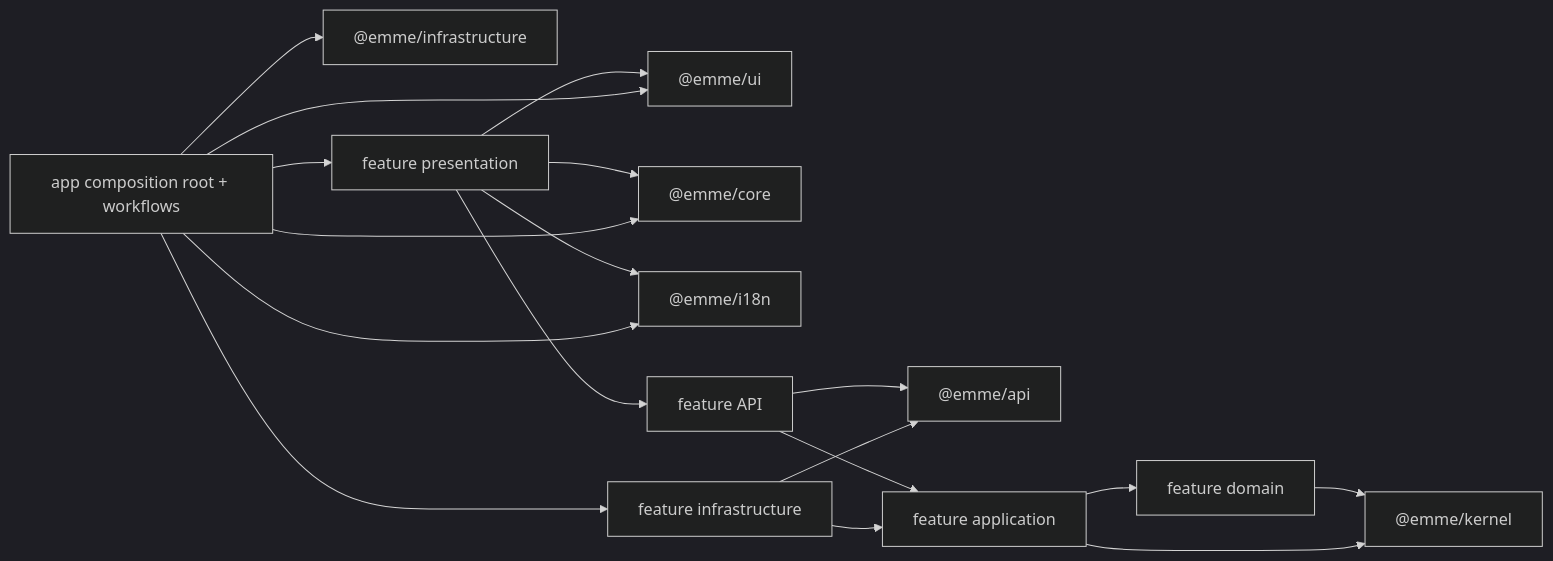
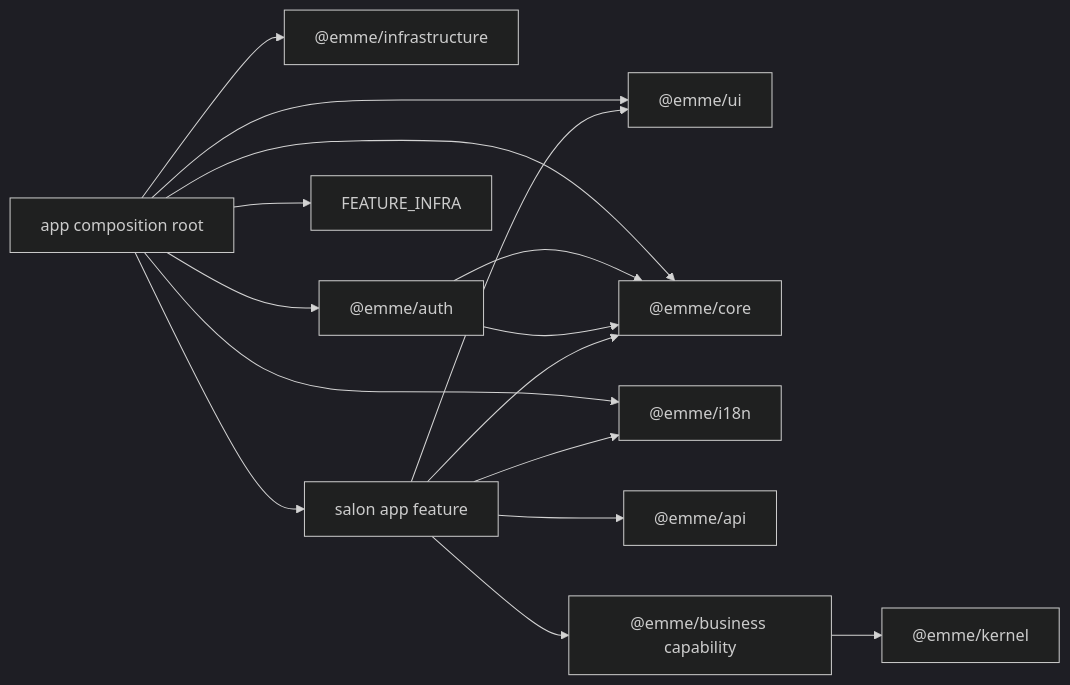
The diagram in docs/architecture/00-project/dependency-rules.md (migangdelzar/emme-web), drawn with Mermaid (dark theme) before and after one commit. The commit also changed other lines of this file and 266 other files, not shown here.

Commit message:
refactor(architecture): make salon the current product app

````diff
--- a/docs/architecture/00-project/dependency-rules.md
+++ b/docs/architecture/00-project/dependency-rules.md
@@ -6,33 +6,29 @@
 ```mermaid
 flowchart LR
     KERNEL["@emme/kernel"]
     UI["@emme/ui"]
     CORE["@emme/core"]
     I18N["@emme/i18n"]
     API["@emme/api"]
     INFRA["@emme/infrastructure"]
-    DOMAIN["feature domain"]
-    APPLICATION["feature application"]
-    FEATURE_API["feature API"]
-    FEATURE_INFRA["feature infrastructure"]
-    PRESENTATION["feature presentation"]
-    APP["app composition root + workflows"]
+    BUSINESS["@emme/business capability"]
+    APP_FEATURE["salon app feature"]
+    AUTH["@emme/auth"]
+    APP["app composition root"]
 
-    DOMAIN --> KERNEL
-    APPLICATION --> DOMAIN
-    APPLICATION --> KERNEL
-    FEATURE_API --> API
-    FEATURE_API --> APPLICATION
-    FEATURE_INFRA --> API
-    FEATURE_INFRA --> APPLICATION
-    PRESENTATION --> FEATURE_API
-    PRESENTATION --> UI
-    PRESENTATION --> CORE
-    PRESENTATION --> I18N
-    APP --> PRESENTATION
+    BUSINESS --> KERNEL
+    APP_FEATURE --> BUSINESS
+    APP_FEATURE --> API
+    APP_FEATURE --> UI
+    APP_FEATURE --> CORE
+    APP_FEATURE --> I18N
+    AUTH --> CORE
+    AUTH --> CORE
+    APP --> APP_FEATURE
+    APP --> AUTH
     APP --> CORE
     APP --> UI
     APP --> I18N
     APP --> INFRA
     APP --> FEATURE_INFRA
 ```
````
